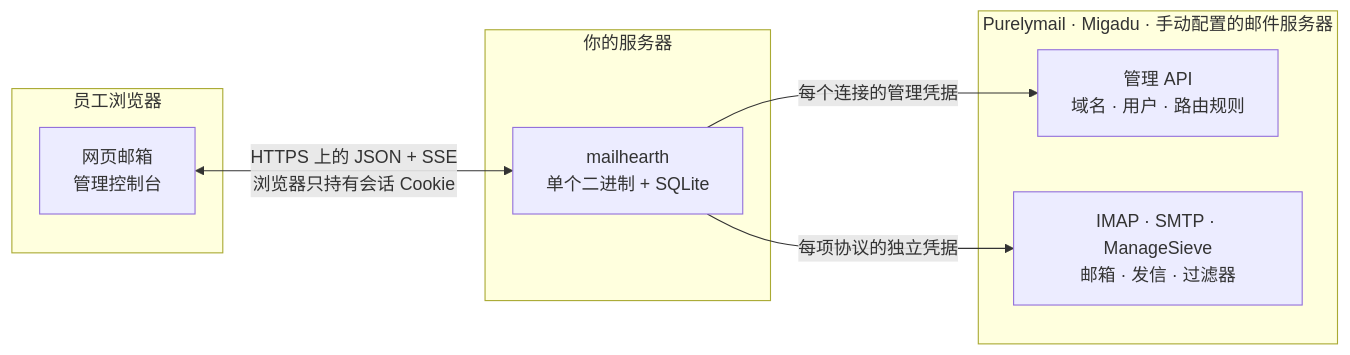
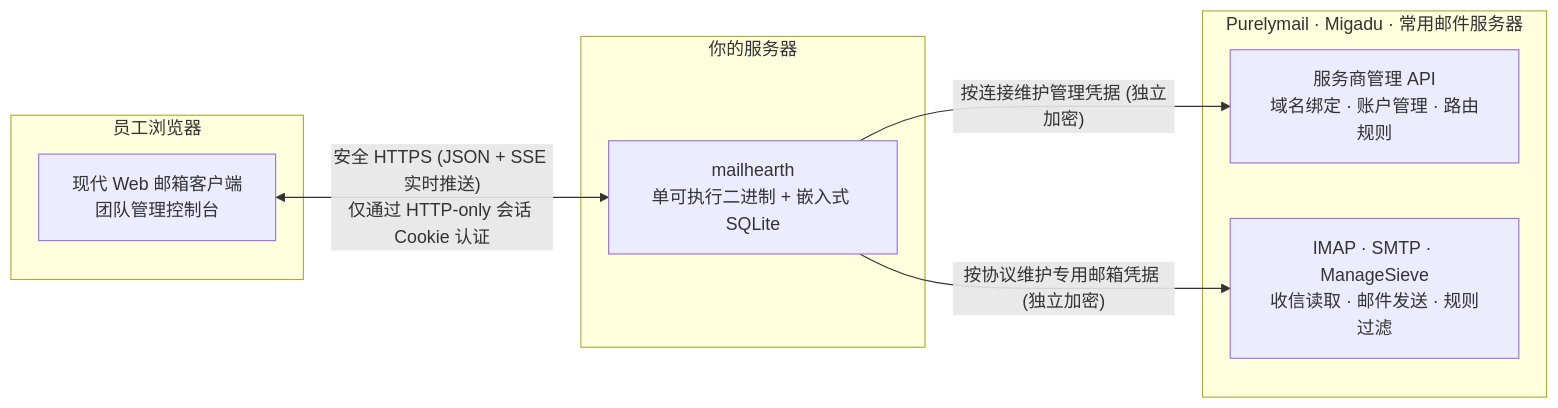
The diagram in README.zh-CN.md (yll682/Mailhearth), drawn with Mermaid before and after one commit. The commit also changed other lines of this file and 41 other files, not shown here.

````diff
--- a/README.zh-CN.md
+++ b/README.zh-CN.md
@@ -9,17 +9,17 @@
 ```mermaid
 flowchart LR
     subgraph browser["员工浏览器"]
-        SPA["网页邮箱<br/>管理控制台"]
+        SPA["现代 Web 邮箱客户端<br/>团队管理控制台"]
     end
     subgraph host["你的服务器"]
-        APP["mailhearth<br/>单个二进制 + SQLite"]
+        APP["mailhearth<br/>单可执行二进制 + 嵌入式 SQLite"]
     end
-    subgraph pm["Purelymail · Migadu · 手动配置的邮件服务器"]
-        API["管理 API<br/>域名 · 用户 · 路由规则"]
-        MAIL["IMAP · SMTP · ManageSieve<br/>邮箱 · 发信 · 过滤器"]
+    subgraph pm["Purelymail · Migadu · 常用邮件服务器"]
+        API["服务商管理 API<br/>域名绑定 · 账户管理 · 路由规则"]
+        MAIL["IMAP · SMTP · ManageSieve<br/>收信读取 · 邮件发送 · 规则过滤"]
     end
 
-    SPA <-->|"HTTPS 上的 JSON + SSE<br/>浏览器只持有会话 Cookie"| APP
-    APP -->|"每个连接的管理凭据"| API
-    APP -->|"每项协议的独立凭据"| MAIL
+    SPA <-->|"安全 HTTPS (JSON + SSE 实时推送)<br/>仅通过 HTTP-only 会话 Cookie 认证"| APP
+    APP -->|"按连接维护管理凭据 (独立加密)"| API
+    APP -->|"按协议维护专用邮箱凭据 (独立加密)"| MAIL
 ```
````
